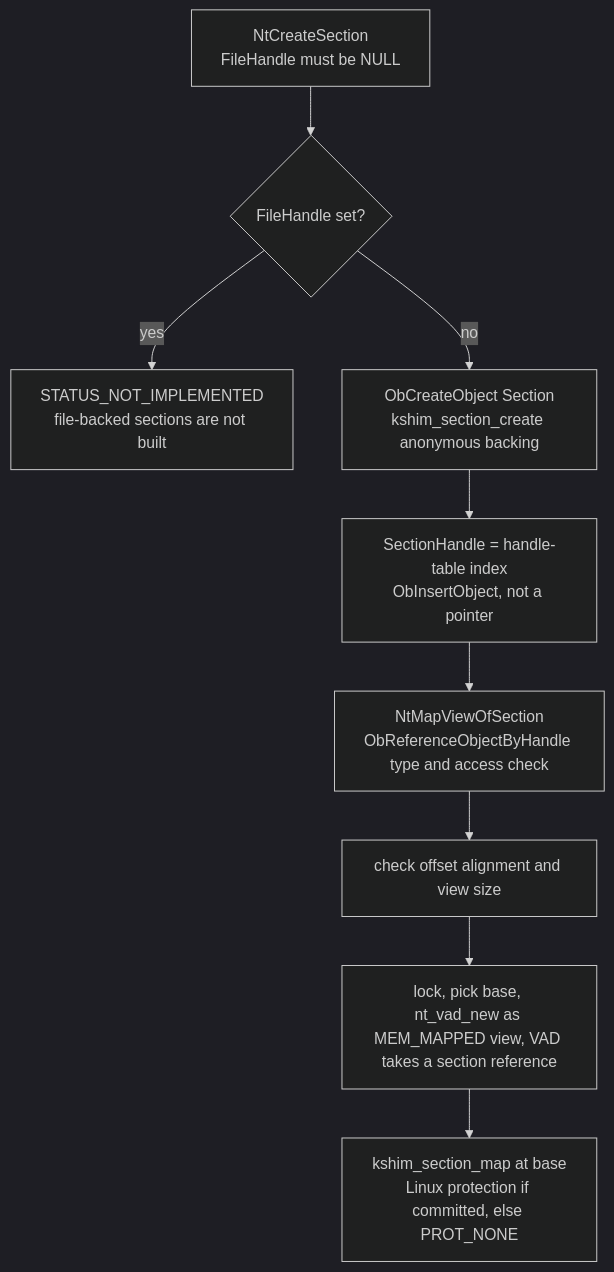
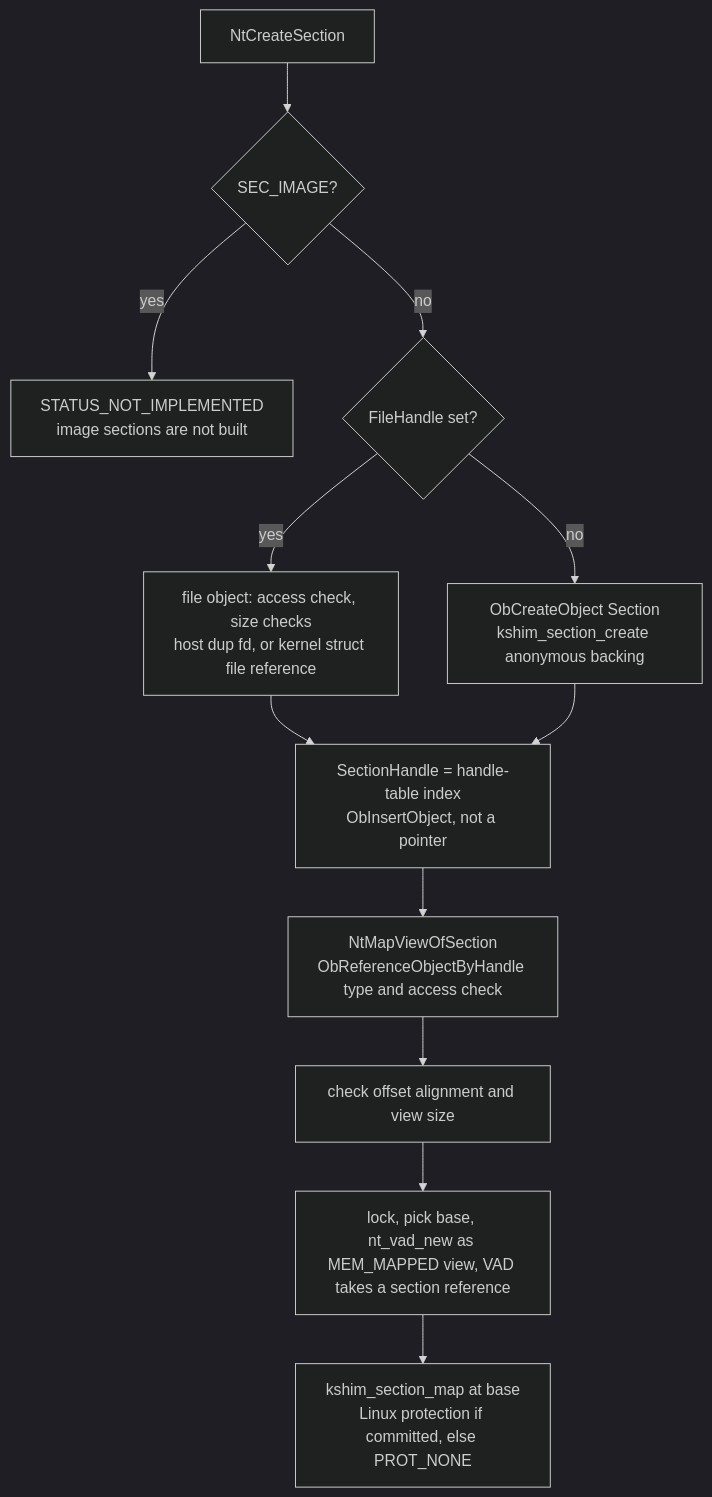
One commit to JacksonSibold/linux-nt-personality changed the third of 3 diagrams in docs/architecture/memory.md. Above: the diagram before and after it, drawn with Mermaid (dark theme). The commit also changed other lines of this file and 2 other files, not shown here.

First line of the commit message:
docs(mm): record file-backed data sections and the P1 status

````diff
--- a/docs/architecture/memory.md
+++ b/docs/architecture/memory.md
@@ -76,11 +76,14 @@
 ```mermaid
 flowchart TD
-    CS["NtCreateSection<br/>FileHandle must be NULL"] --> FH{"FileHandle set?"}
-    FH -->|yes| NI["STATUS_NOT_IMPLEMENTED<br/>file-backed sections are not built"]
+    CS["NtCreateSection"] --> SI{"SEC_IMAGE?"}
+    SI -->|yes| NI["STATUS_NOT_IMPLEMENTED<br/>image sections are not built"]
+    SI -->|no| FH{"FileHandle set?"}
+    FH -->|yes| FS["file object: access check, size checks<br/>host dup fd, or kernel struct file reference"]
     FH -->|no| SZ["ObCreateObject Section<br/>kshim_section_create anonymous backing"]
-    SZ --> HD["SectionHandle = handle-table index<br/>ObInsertObject, not a pointer"]
+    FS --> HD["SectionHandle = handle-table index<br/>ObInsertObject, not a pointer"]
+    SZ --> HD
     HD --> MV["NtMapViewOfSection<br/>ObReferenceObjectByHandle type and access check"]
     MV --> OF["check offset alignment and view size"]
     OF --> VAD["lock, pick base, nt_vad_new as MEM_MAPPED view, VAD takes a section reference"]
     VAD --> MAP["kshim_section_map at base<br/>Linux protection if committed, else PROT_NONE"]
 ```
````
